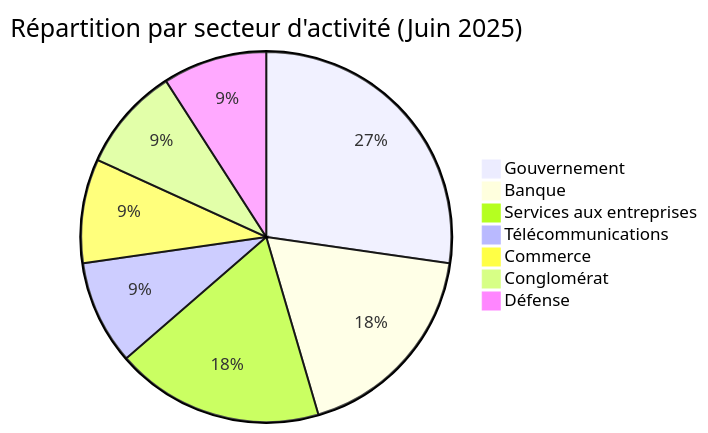
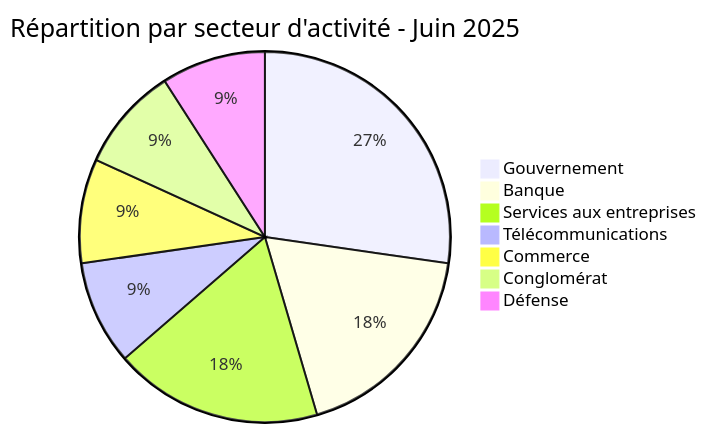
Before and after one commit to Hatchepsoute/AFRINTEL: the second of 5 diagrams in reports/2025/06-june/README_FR.md, drawn with Mermaid. The commit also changed other lines of this file and 1 other file, not shown here.

Commit message:
Rapport CTI : Cyberattaques en Afrique Juin 2025

````diff
--- a/reports/2025/06-june/README_FR.md
+++ b/reports/2025/06-june/README_FR.md
@@ -59,10 +59,10 @@
 ```mermaid
-pie title Répartition par secteur d'activité (Juin 2025)
+pie title Répartition par secteur d'activité - Juin 2025
     "Gouvernement" : 3
     "Banque" : 2
     "Services aux entreprises" : 2
     "Télécommunications" : 1
     "Commerce" : 1
     "Conglomérat" : 1
     "Défense" : 1
 ```
````
